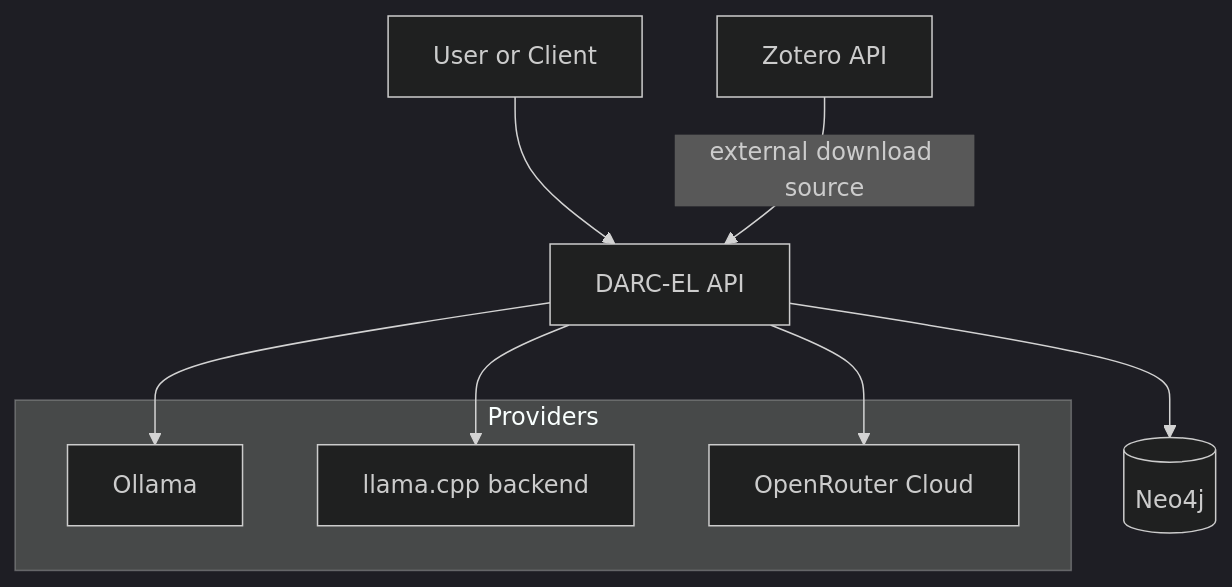
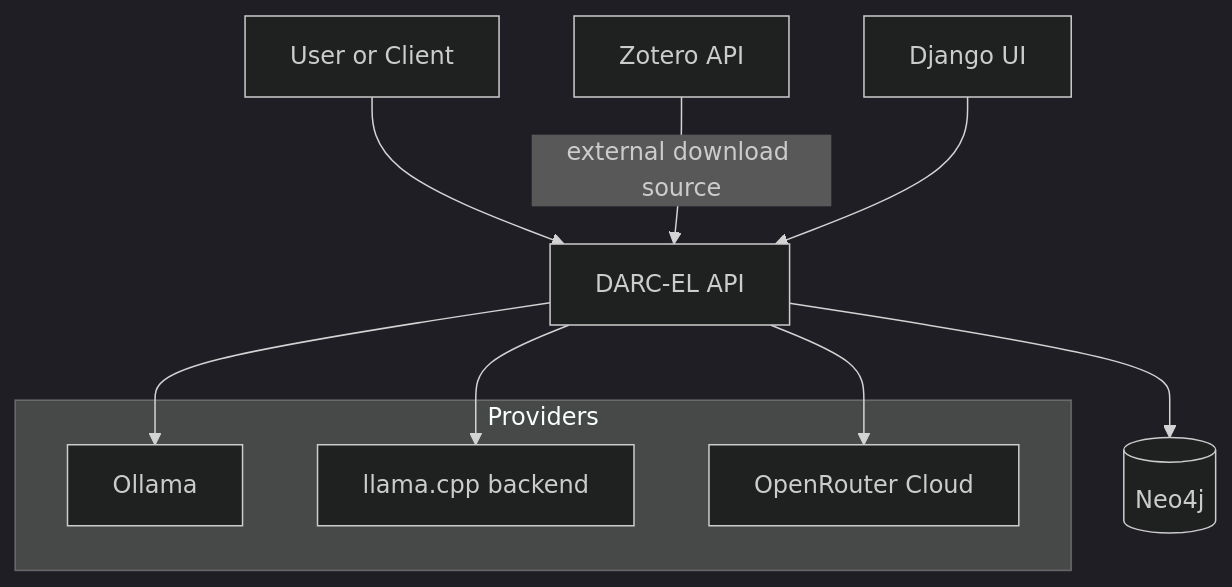
Before and after one commit to rolandramp/darc-el: the first of 2 diagrams in README.md, drawn with Mermaid (dark theme). The commit also changed other lines of this file and 41 other files, not shown here.

````diff
--- a/README.md
+++ b/README.md
@@ -41,16 +39,17 @@
 ```mermaid
 flowchart TD
 	Client[User or Client] --> API[DARC-EL API]
 	Zotero[Zotero API] -->|external download source| API
 
 	subgraph Providers
 		Ollama[Ollama]
 		Llama[llama.cpp backend]
 		OpenRouter[OpenRouter Cloud]
 	end
 
 	API --> Neo4j[(Neo4j)]
 	API --> Ollama
 	API --> Llama
 	API --> OpenRouter
+	UI[Django UI] --> API
 ```
````
